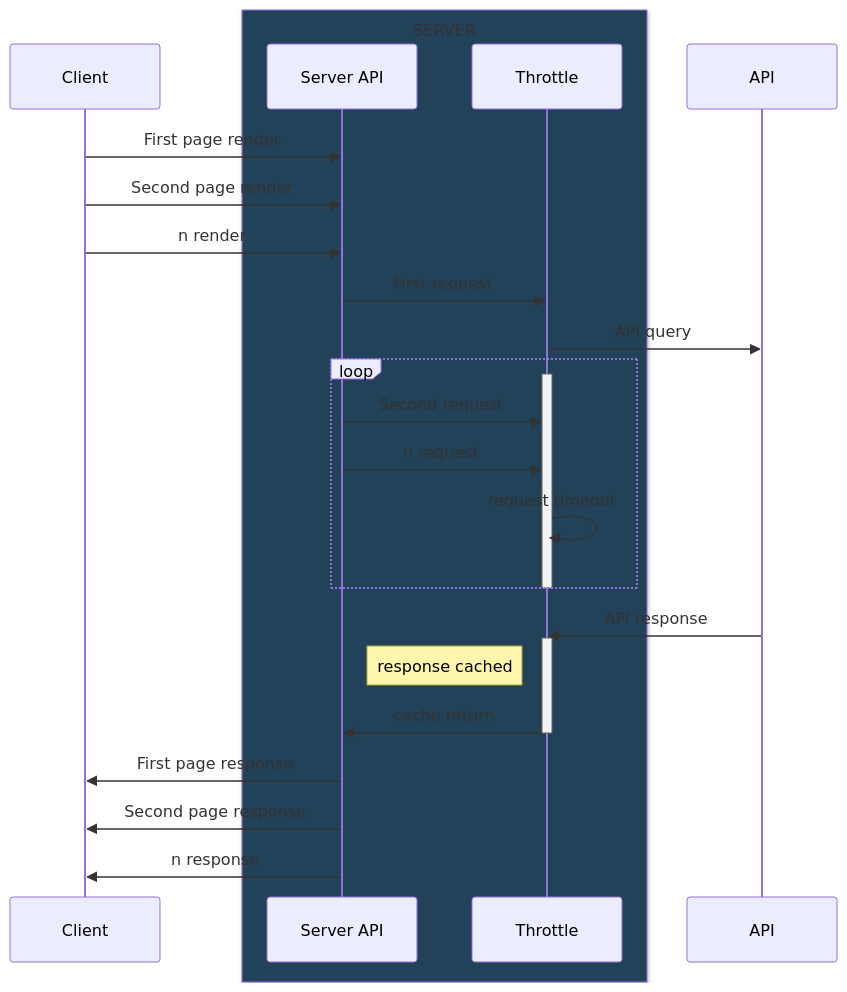
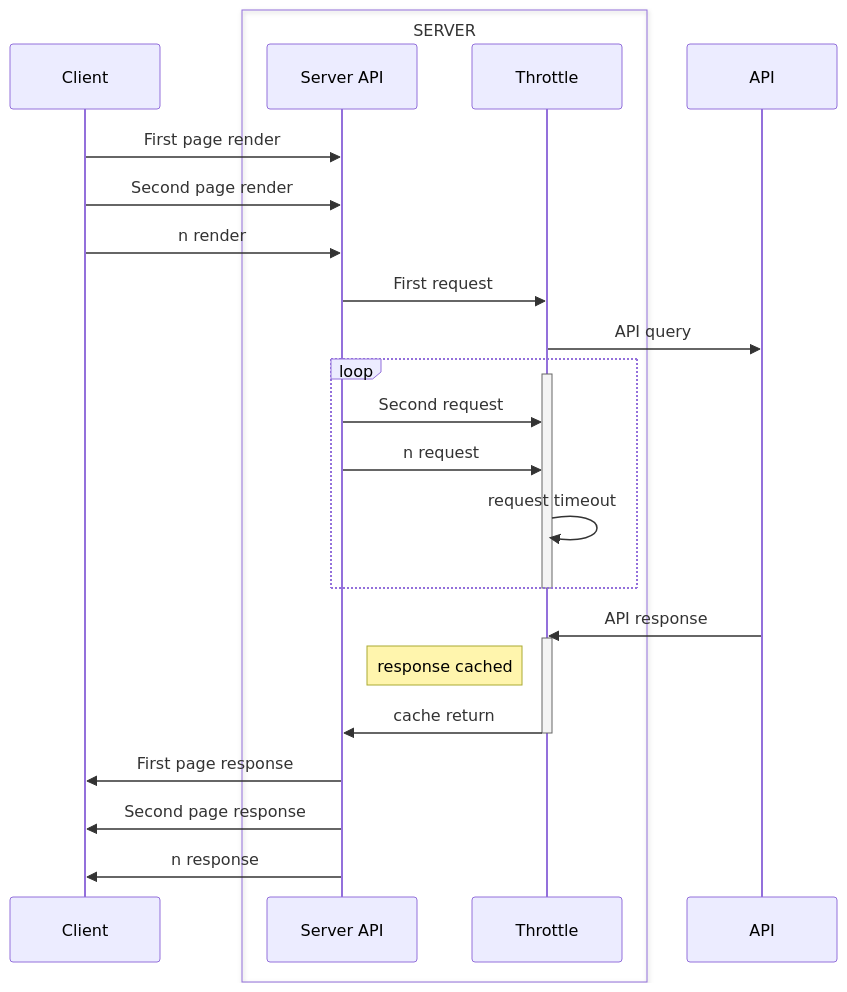
One commit to sadiq-pasha/scheduled_arrivals_server changed the diagram in README.md. Above: the diagram before and after it, drawn with Mermaid. The commit also changed other lines of this file and 1 other file, not shown here.

````diff
--- a/README.md
+++ b/README.md
@@ -95,29 +94,29 @@
 ```mermaid
 sequenceDiagram
     participant Client
-    box rgb(33,66,88) SERVER
+    box SERVER
     participant Server API
     participant Throttle
     end
     participant API
     Client->>Server API: First page render
     Client->>Server API: Second page render
     Client->>Server API: n render
     Server API->>Throttle: First request
     Throttle->>API: API query
     loop 
     activate Throttle
     Server API->>Throttle: Second request
     Server API->>Throttle: n request
     Throttle->>Throttle: request timeout
     end
     deactivate Throttle
     API->>Throttle: API response
     activate Throttle
     Note left of Throttle: response cached
     Throttle->>Server API: cache return
     deactivate Throttle
     Server API->>Client: First page response
     Server API->>Client: Second page response
     Server API->>Client: n response
 ```
````
